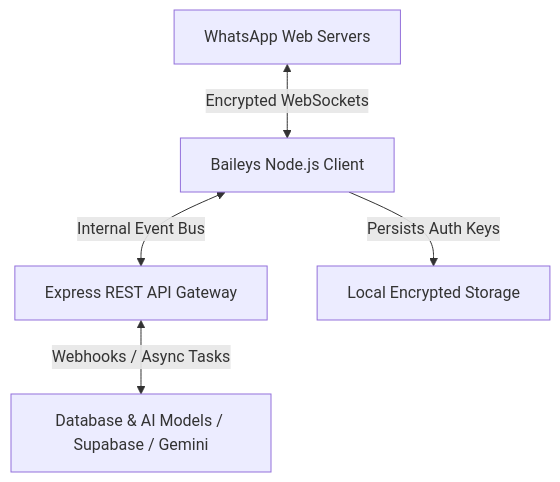
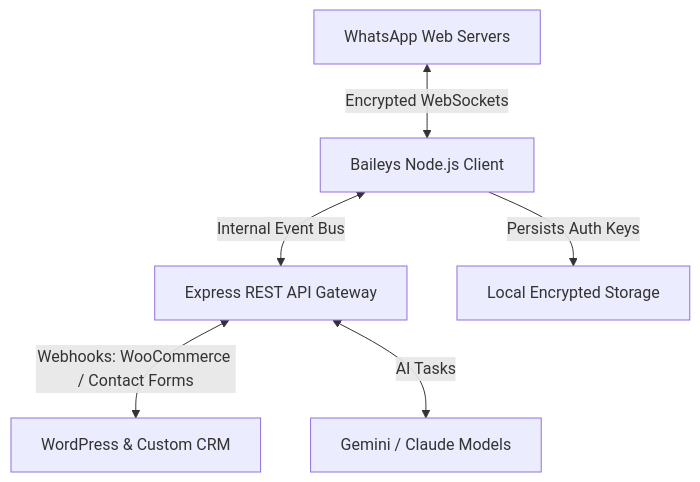
The diagram in src/content/blog/whatsapp-baileys-integration-guide.mdx (NavCGaur/Naveen-Portfolio), drawn with Mermaid before and after one commit. The commit also changed other lines of this file and 3 other files, not shown here.

Commit message:
Optimize titles and metadata for WordPress prospective client search queries

````diff
--- a/src/content/blog/whatsapp-baileys-integration-guide.mdx
+++ b/src/content/blog/whatsapp-baileys-integration-guide.mdx
@@ -60,7 +65,8 @@
 ```mermaid
 graph TD
     A[WhatsApp Web Servers] <-->|Encrypted WebSockets| B[Baileys Node.js Client]
     B <-->|Internal Event Bus| C[Express REST API Gateway]
-    C <-->|Webhooks / Async Tasks| D[Database & AI Models / Supabase / Gemini]
-    B -->|Persists Auth Keys| E[Local Encrypted Storage]
+    C <-->|Webhooks: WooCommerce / Contact Forms| D[WordPress & Custom CRM]
+    C <-->|AI Tasks| E[Gemini / Claude Models]
+    B -->|Persists Auth Keys| F[Local Encrypted Storage]
 ```
````
